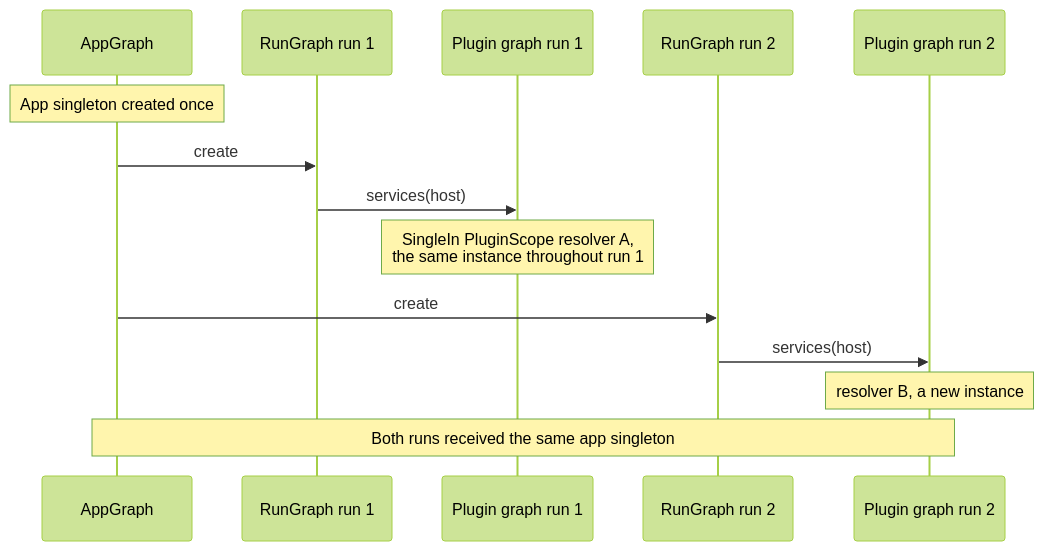
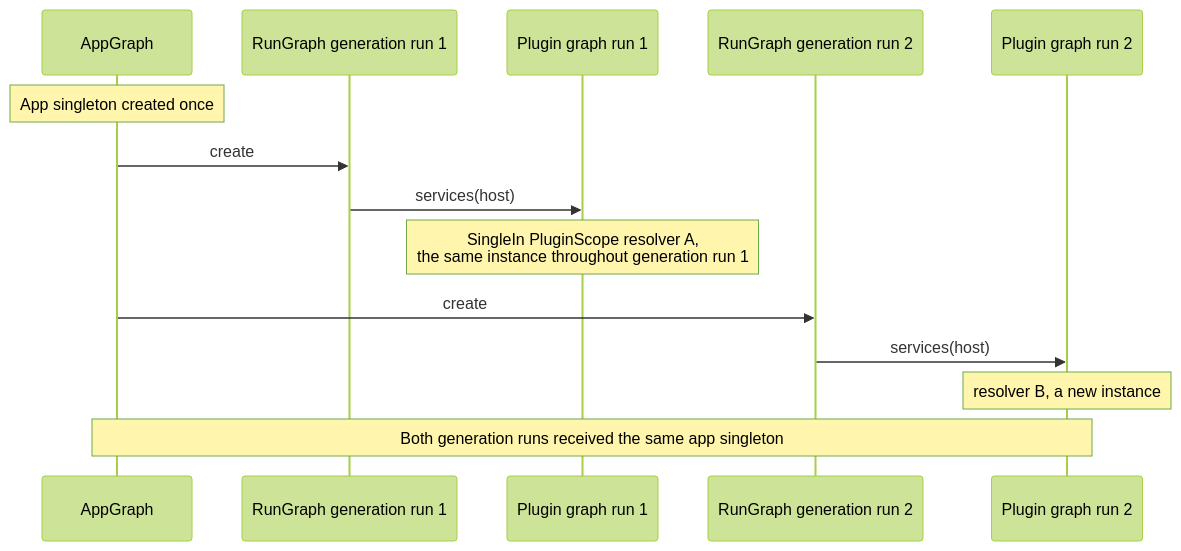
Before and after one commit to LMLiam/microsmith: the ninth of 17 diagrams in docs/design/v4-dependency-injection.md, drawn with Mermaid (forest theme). The commit also changed other lines of this file, not shown here.

````diff
--- a/docs/design/v4-dependency-injection.md
+++ b/docs/design/v4-dependency-injection.md
@@ -362,16 +547,16 @@
 ```mermaid
 sequenceDiagram
     participant App as AppGraph
-    participant R1 as RunGraph run 1
+    participant R1 as RunGraph generation run 1
     participant P1 as Plugin graph run 1
-    participant R2 as RunGraph run 2
+    participant R2 as RunGraph generation run 2
     participant P2 as Plugin graph run 2
     Note over App: App singleton created once
     App->>R1: create
     R1->>P1: services(host)
-    Note over P1: SingleIn PluginScope resolver A,<br/>the same instance throughout run 1
+    Note over P1: SingleIn PluginScope resolver A,<br/>the same instance throughout generation run 1
     App->>R2: create
     R2->>P2: services(host)
     Note over P2: resolver B, a new instance
-    Note over App,P2: Both runs received the same app singleton
+    Note over App,P2: Both generation runs received the same app singleton
 ```
````
